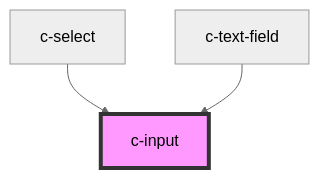
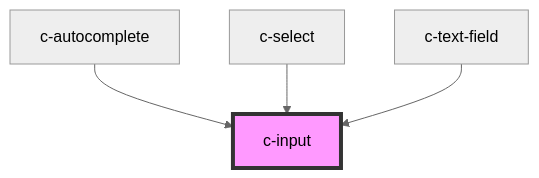
Before and after one commit to hannyle/csc-ui: the diagram in src/components/c-input/readme.md, drawn with Mermaid (neutral theme). The commit also changed other lines of this file and 10 other files, not shown here.

Commit message:
Use c-input in c-autocomplete. Bump version to 0.3.31

````diff
--- a/src/components/c-input/readme.md
+++ b/src/components/c-input/readme.md
@@ -52,6 +54,7 @@
 ```mermaid
 graph TD;
+  c-autocomplete --> c-input
   c-select --> c-input
   c-text-field --> c-input
   style c-input fill:#f9f,stroke:#333,stroke-width:4px
 ```
````
